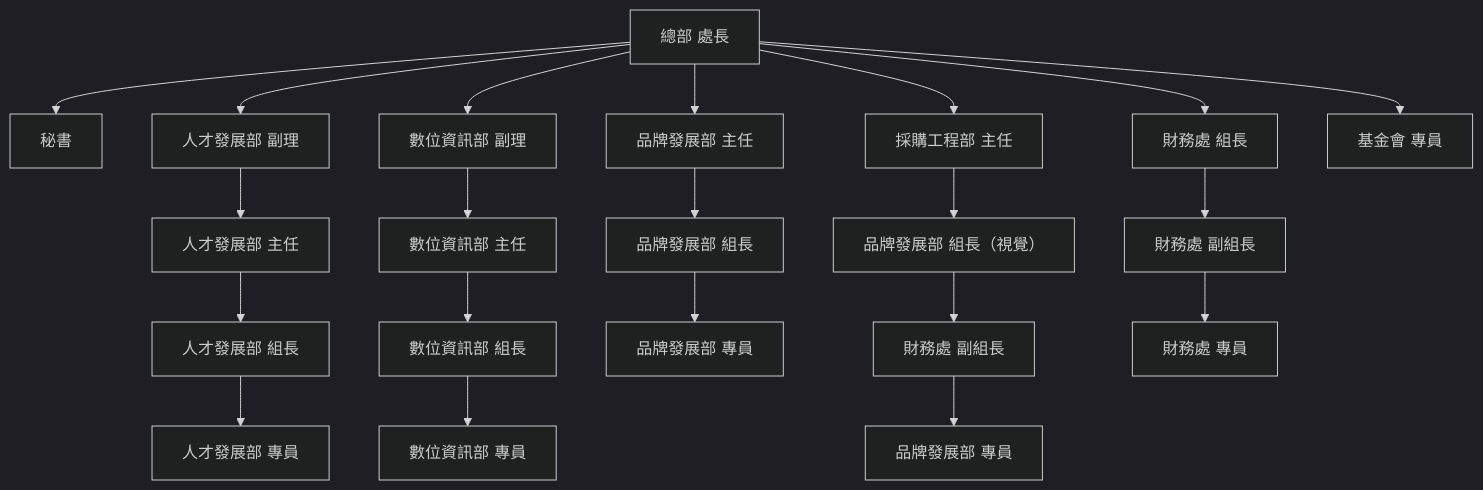
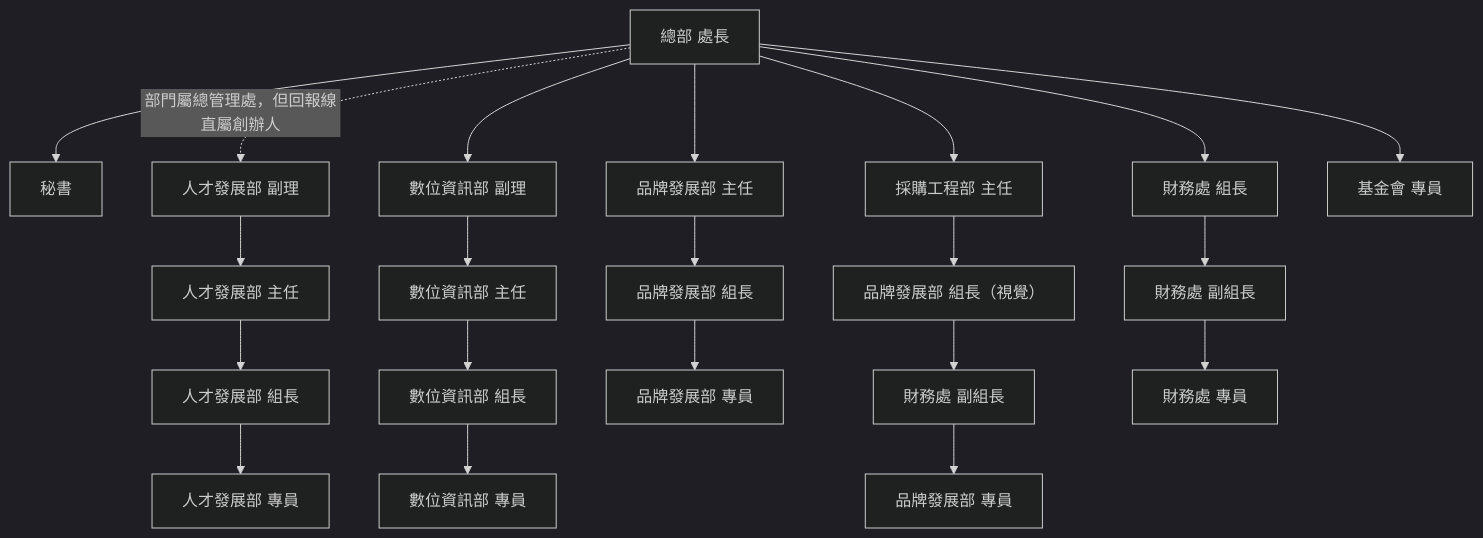
One commit to JAYHUANG0109/paperclip changed the first of 2 diagrams in doc/sa-org-chart.md. Above: the diagram before and after it, drawn with Mermaid (dark theme). The commit also changed other lines of this file and 19 other files, not shown here.

````diff
--- a/doc/sa-org-chart.md
+++ b/doc/sa-org-chart.md
@@ -111,17 +114,17 @@
 ```mermaid
 flowchart TD
   D[總部 處長]
   D --> SEC[秘書]
-  D --> HRM[人才發展部 副理]
+  D -.->|部門屬總管理處，但回報線直屬創辦人| HRM[人才發展部 副理]
   D --> ITM[數位資訊部 副理]
   D --> BRD[品牌發展部 主任]
   D --> PUR[採購工程部 主任]
   D --> FIN[財務處 組長]
   D --> FDN[基金會 專員]
 
   HRM --> HRD[人才發展部 主任] --> HRL[人才發展部 組長] --> HRS[人才發展部 專員]
   ITM --> ITD[數位資訊部 主任] --> ITL[數位資訊部 組長] --> ITS[數位資訊部 專員]
   BRD --> BRL[品牌發展部 組長] --> BRS[品牌發展部 專員]
   PUR --> PBL[品牌發展部 組長（視覺）] --> PFD[財務處 副組長] --> PBS[品牌發展部 專員]
   FIN --> FFD[財務處 副組長] --> FFS[財務處 專員]
 ```
````
